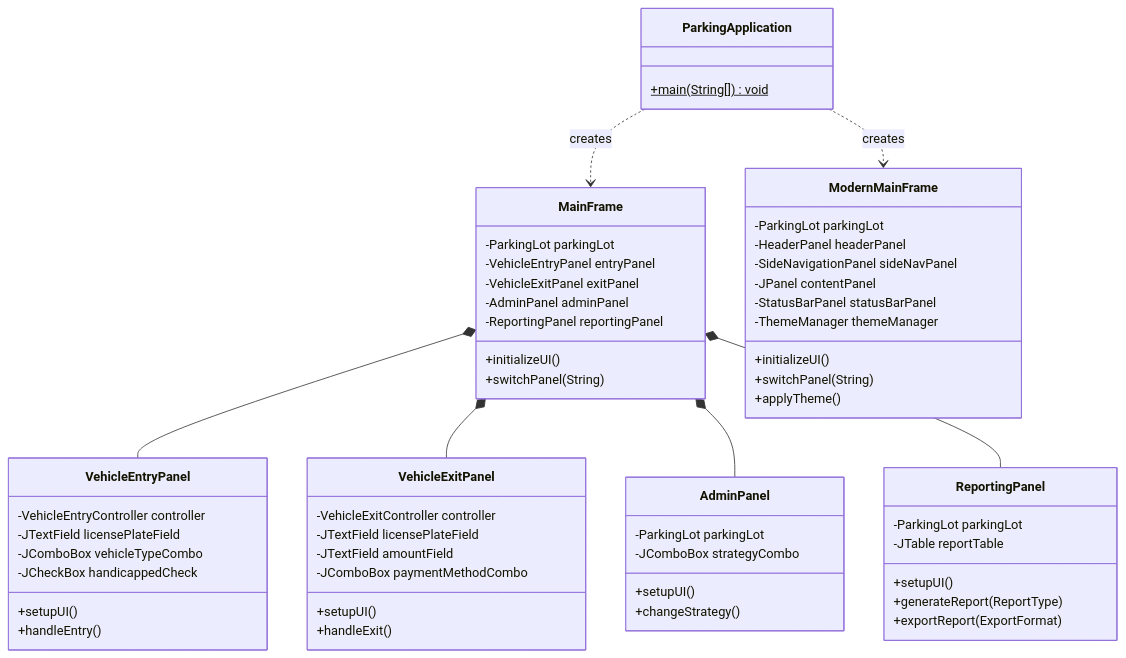
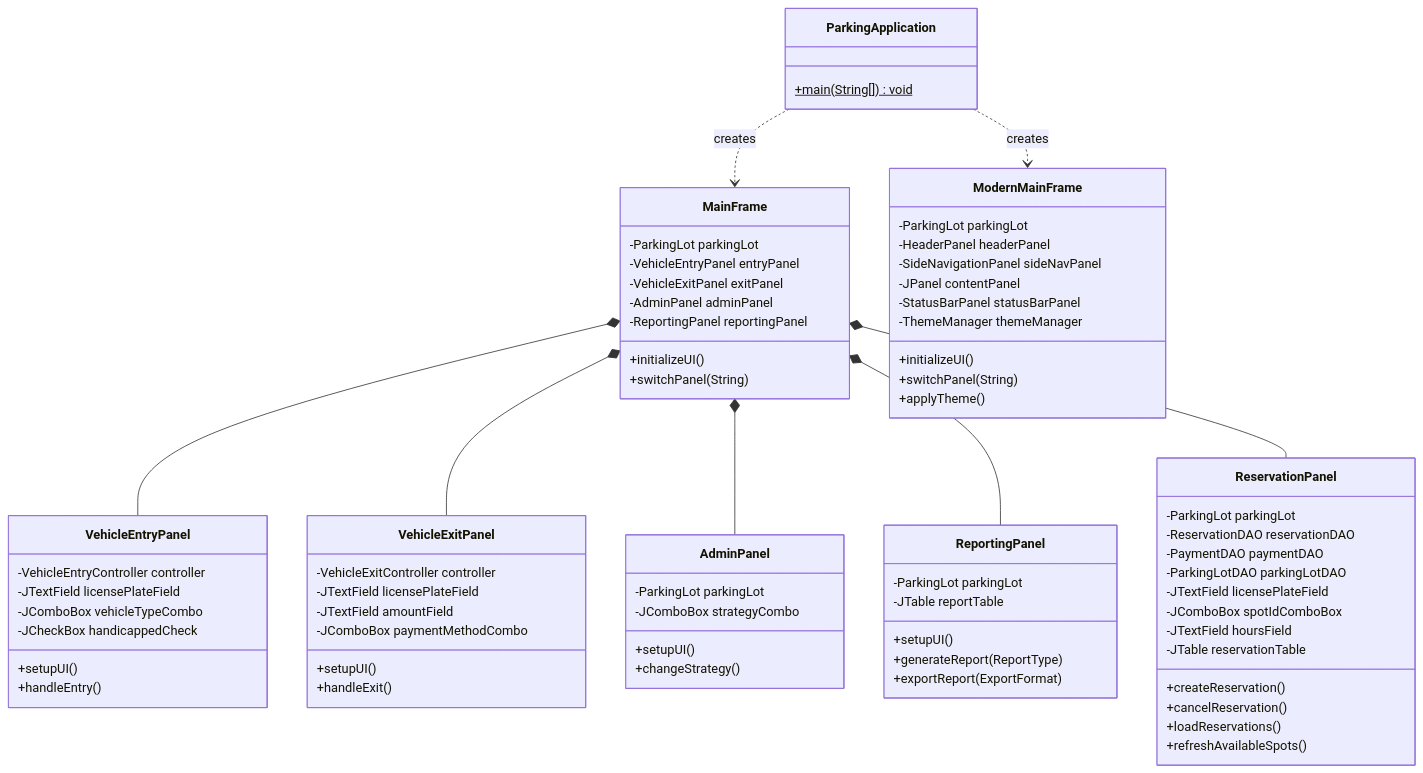
The seventh of 22 diagrams in UML_DIAGRAMS.md (Jinyuanmak/OOAD-Assignment), drawn with Mermaid before and after one commit. The commit also changed other lines of this file and 1 other file, not shown here.

````diff
--- a/UML_DIAGRAMS.md
+++ b/UML_DIAGRAMS.md
@@ -428,10 +462,26 @@
         +exportReport(ExportFormat)
     }
     
+    class ReservationPanel {
+        -ParkingLot parkingLot
+        -ReservationDAO reservationDAO
+        -PaymentDAO paymentDAO
+        -ParkingLotDAO parkingLotDAO
+        -JTextField licensePlateField
+        -JComboBox spotIdComboBox
+        -JTextField hoursField
+        -JTable reservationTable
+        +createReservation()
+        +cancelReservation()
+        +loadReservations()
+        +refreshAvailableSpots()
+    }
+    
     ParkingApplication ..> MainFrame : creates
     ParkingApplication ..> ModernMainFrame : creates
     MainFrame *-- VehicleEntryPanel
     MainFrame *-- VehicleExitPanel
     MainFrame *-- AdminPanel
     MainFrame *-- ReportingPanel
+    MainFrame *-- ReservationPanel
 ```
````
